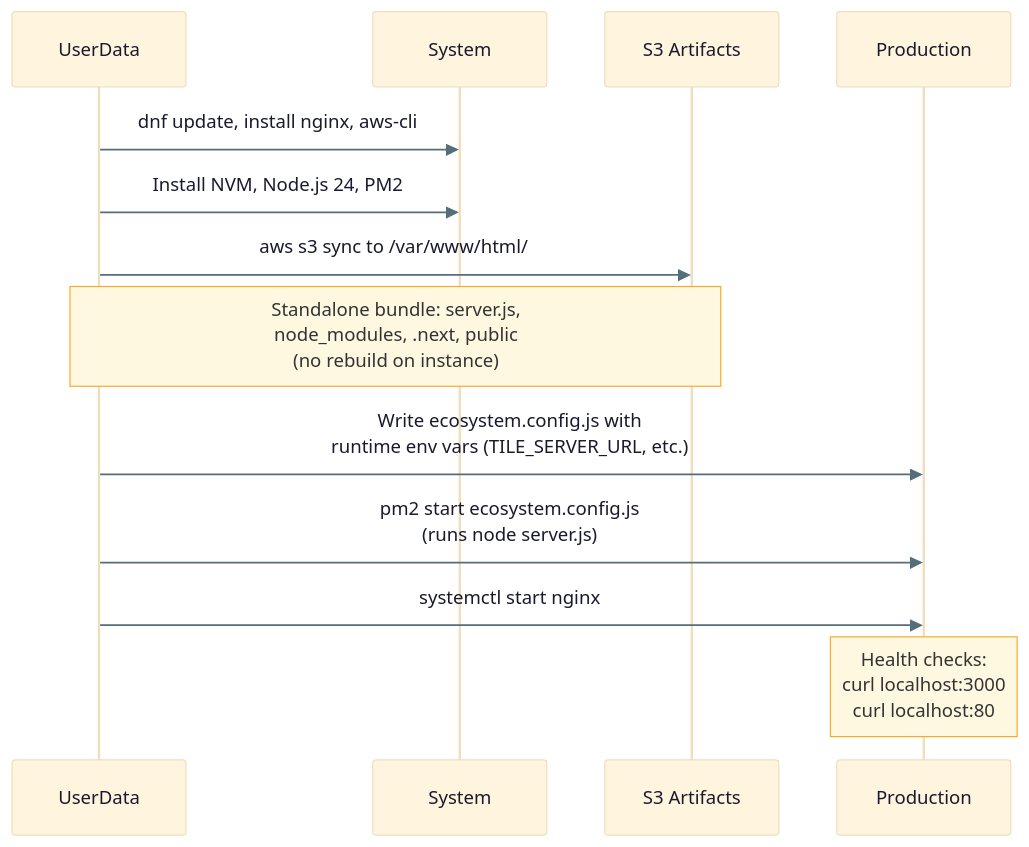
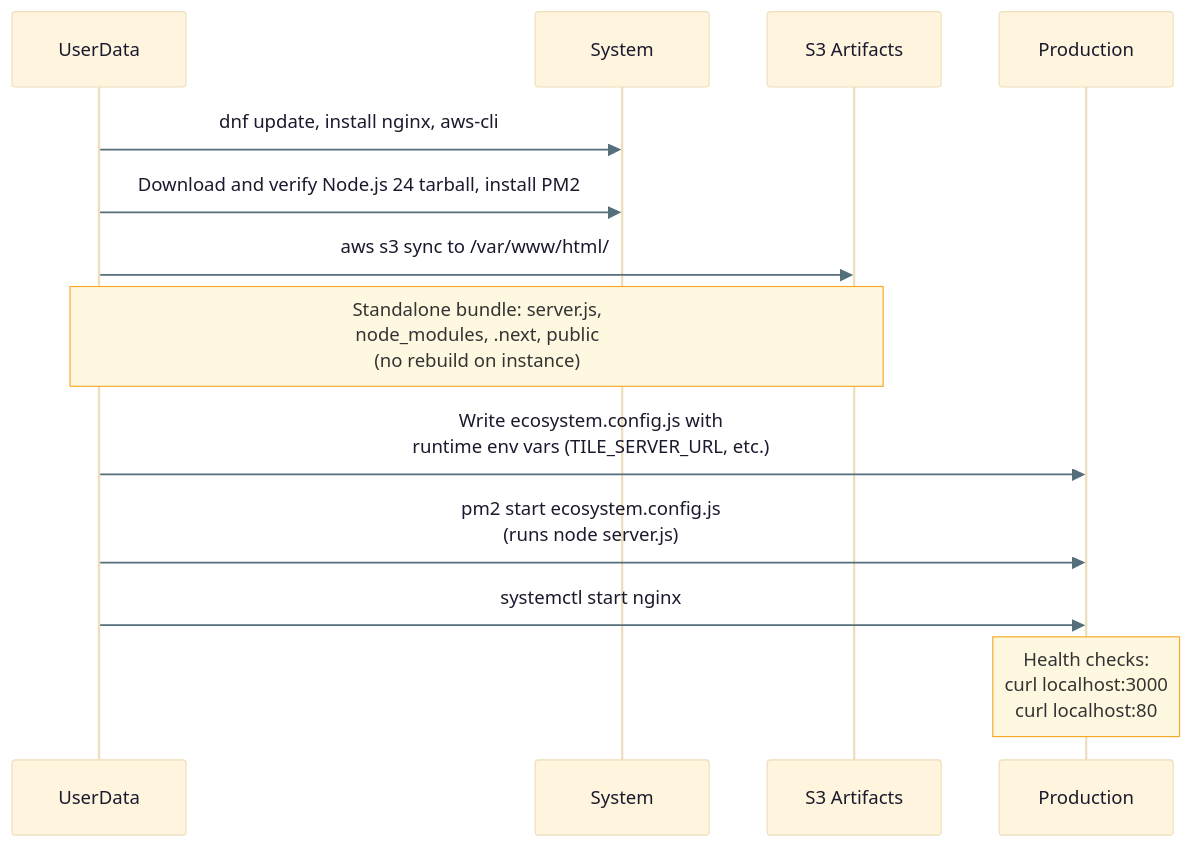
The first of 2 diagrams in docs/architecture/05-web-app-stack.md (awslabs/osml-web-app), drawn with Mermaid before and after one commit. The commit also changed other lines of this file and 18 other files, not shown here.

````diff
--- a/docs/architecture/05-web-app-stack.md
+++ b/docs/architecture/05-web-app-stack.md
@@ -9,20 +9,20 @@
 ```mermaid
 %%{init: {'theme': 'base', 'themeVariables': { 'primaryTextColor': '#1a1a2e', 'lineColor': '#78909c', 'fontFamily': 'Inter, Segoe UI, sans-serif', 'fontSize': '13px', 'actorTextColor': '#1a1a2e', 'signalColor': '#546e7a', 'noteBkgColor': '#fff8e1', 'noteBorderColor': '#f9a825' }}}%%
 sequenceDiagram
     participant UD as UserData
     participant SYS as System
     participant S3 as S3 Artifacts
     participant PROD as Production
 
     UD->>SYS: dnf update, install nginx, aws-cli
-    UD->>SYS: Install NVM, Node.js 24, PM2
+    UD->>SYS: Download and verify Node.js 24 tarball, install PM2
 
     UD->>S3: aws s3 sync to /var/www/html/
     Note over UD,S3: Standalone bundle: server.js,<br/>node_modules, .next, public<br/>(no rebuild on instance)
 
     UD->>PROD: Write ecosystem.config.js with<br/>runtime env vars (TILE_SERVER_URL, etc.)
     UD->>PROD: pm2 start ecosystem.config.js<br/>(runs node server.js)
     UD->>PROD: systemctl start nginx
 
     Note over PROD: Health checks:<br/>curl localhost:3000<br/>curl localhost:80
 ```
````
